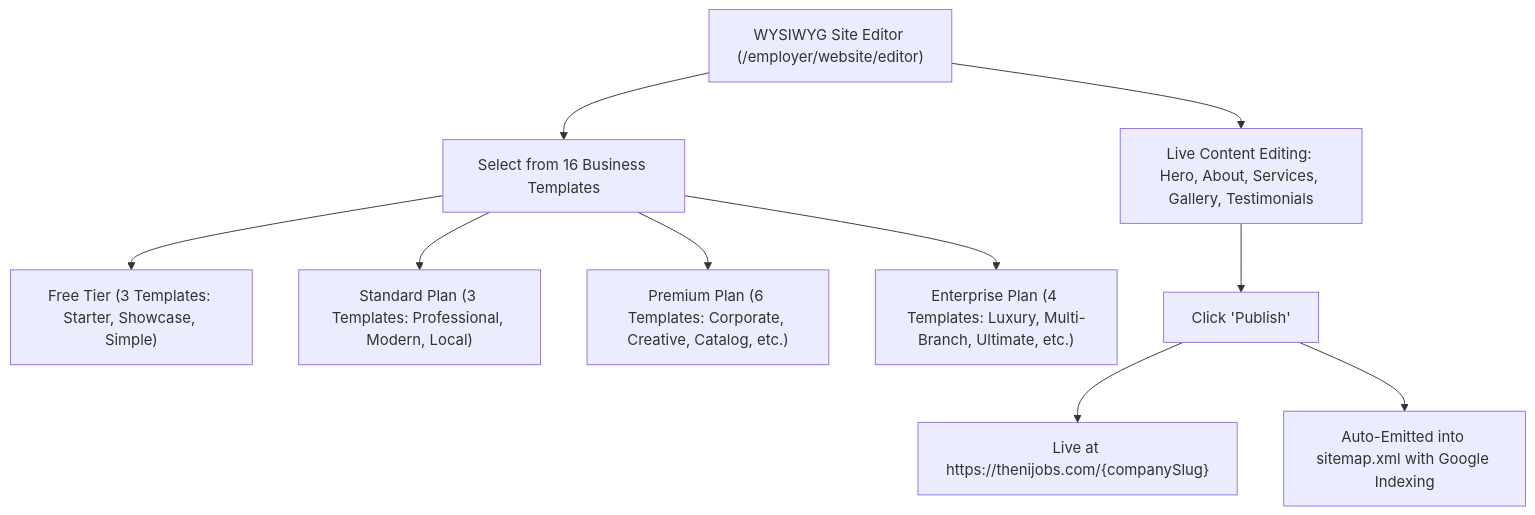
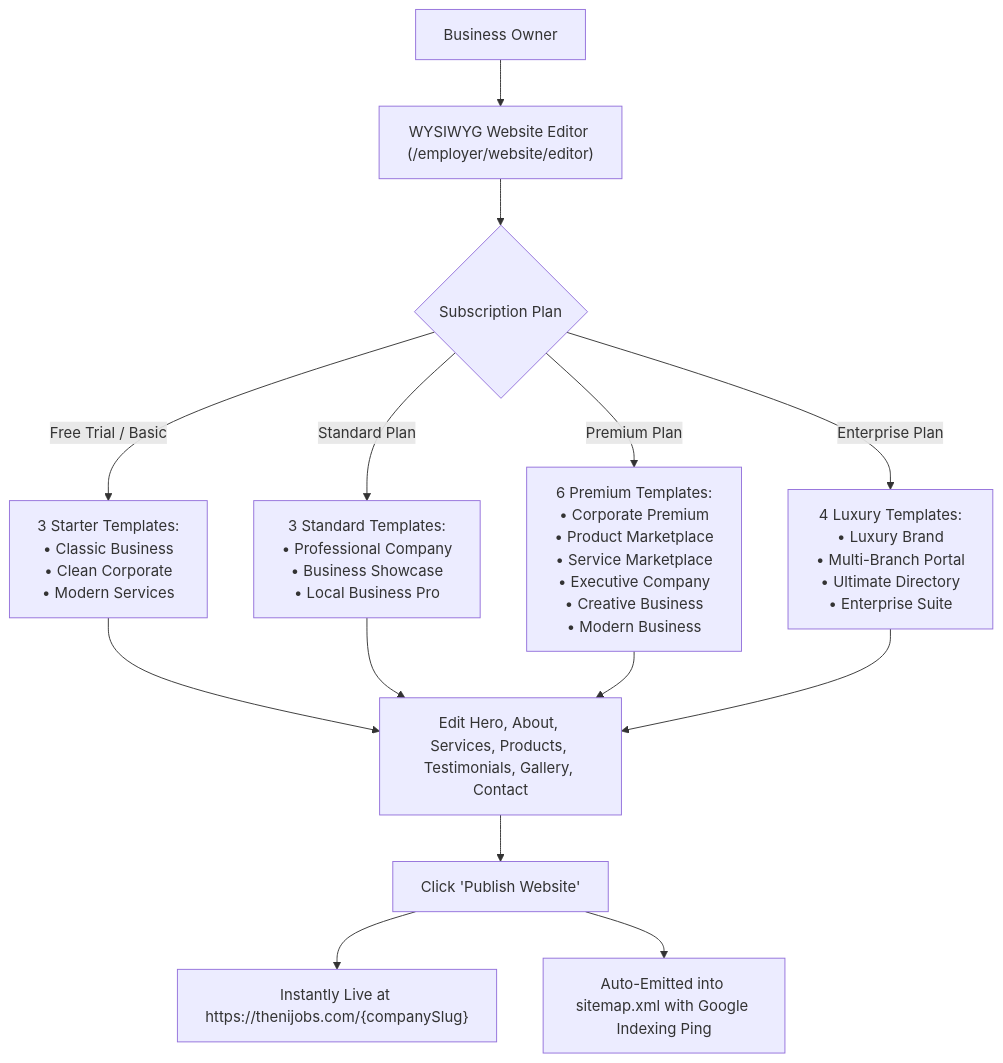
One commit to SRIESWARAN01/thenijobs-web changed the tenth of 13 diagrams in WORKFLOW.md. Above: the diagram before and after it, drawn with Mermaid. The commit also changed other lines of this file and 3 other files, not shown here.

Commit message:
docs(workflow): master system architecture, complete mermaid diagrams, and end-to-end validation test suite

````diff
--- a/WORKFLOW.md
+++ b/WORKFLOW.md
@@ -262,12 +365,19 @@
 ```mermaid
 flowchart TD
-    Editor["WYSIWYG Site Editor (/employer/website/editor)"] --> Templates["Select from 16 Business Templates"]
-    Templates --> FreeTier["Free Tier (3 Templates: Starter, Showcase, Simple)"]
-    Templates --> StandardTier["Standard Plan (3 Templates: Professional, Modern, Local)"]
-    Templates --> PremiumTier["Premium Plan (6 Templates: Corporate, Creative, Catalog, etc.)"]
-    Templates --> EnterpriseTier["Enterprise Plan (4 Templates: Luxury, Multi-Branch, Ultimate, etc.)"]
-    Editor --> LiveEdit["Live Content Editing: Hero, About, Services, Gallery, Testimonials"]
-    LiveEdit --> Publish["Click 'Publish'"]
-    Publish --> Subdomain["Live at https://thenijobs.com/{companySlug}"]
-    Publish --> Sitemap["Auto-Emitted into sitemap.xml with Google Indexing"]
+    Employer[Business Owner] --> WebEditor["WYSIWYG Website Editor (/employer/website/editor)"]
+    WebEditor --> PlanCheck{Subscription Plan}
+
+    PlanCheck -->|Free Trial / Basic| FreeT["3 Starter Templates:\n• Classic Business\n• Clean Corporate\n• Modern Services"]
+    PlanCheck -->|Standard Plan| StdT["3 Standard Templates:\n• Professional Company\n• Business Showcase\n• Local Business Pro"]
+    PlanCheck -->|Premium Plan| PremT["6 Premium Templates:\n• Corporate Premium\n• Product Marketplace\n• Service Marketplace\n• Executive Company\n• Creative Business\n• Modern Business"]
+    PlanCheck -->|Enterprise Plan| EntT["4 Luxury Templates:\n• Luxury Brand\n• Multi-Branch Portal\n• Ultimate Directory\n• Enterprise Suite"]
+
+    FreeT --> EditorControls[Edit Hero, About, Services, Products, Testimonials, Gallery, Contact]
+    StdT --> EditorControls
+    PremT --> EditorControls
+    EntT --> EditorControls
+
+    EditorControls --> Publish["Click 'Publish Website'"]
+    Publish --> LiveDomain["Instantly Live at https://thenijobs.com/{companySlug}"]
+    Publish --> Sitemap["Auto-Emitted into sitemap.xml with Google Indexing Ping"]
 ```
````
